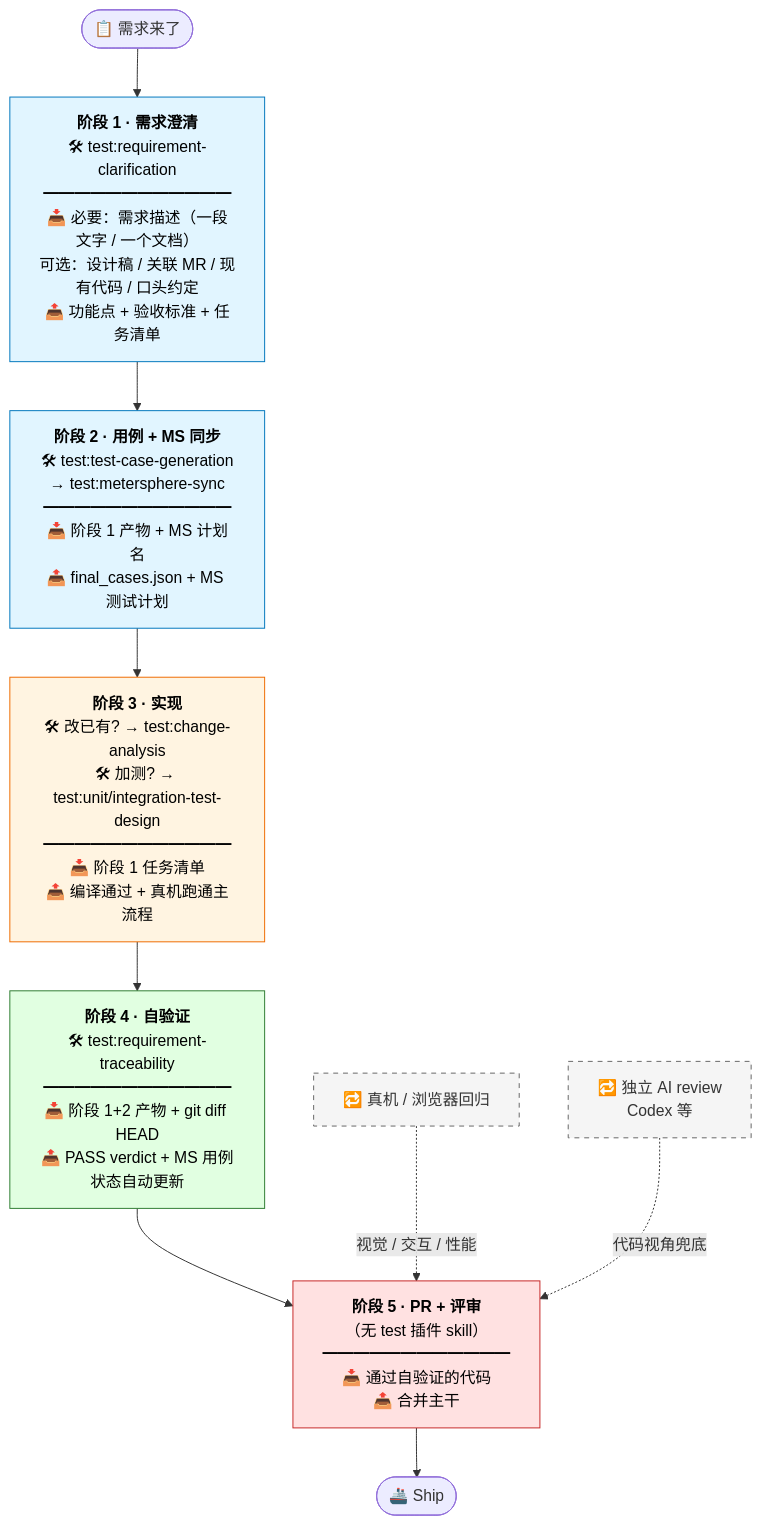
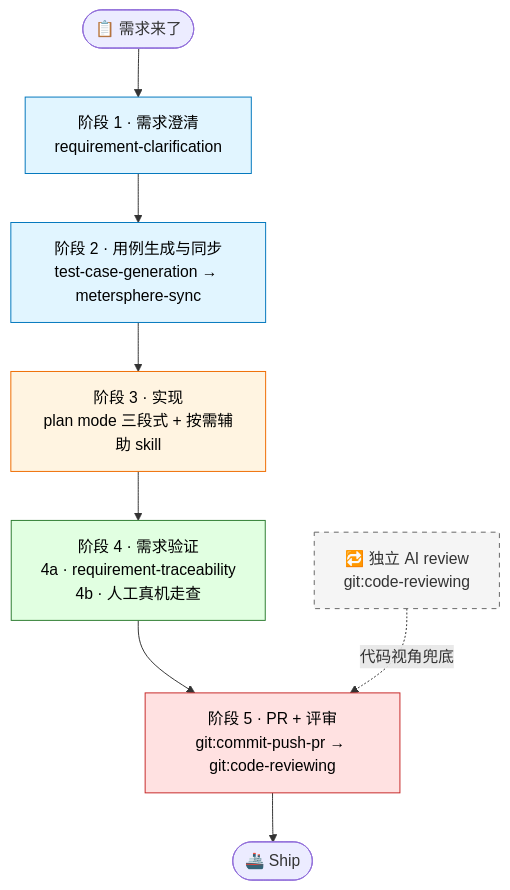
Before and after one commit to taptap/claude-plugins-marketplace: the diagram in plugins/test/AI_CODING_BEST_PRACTICES.md, drawn with Mermaid. The commit also changed other lines of this file and 3 other files, not shown here.

````diff
--- a/plugins/test/AI_CODING_BEST_PRACTICES.md
+++ b/plugins/test/AI_CODING_BEST_PRACTICES.md
@@ -17,36 +17,24 @@
 ```mermaid
 flowchart TD
     Start([📋 需求来了]) --> S1
+    S1[阶段 1 · 需求澄清<br/>requirement-clarification] --> S2
+    S2[阶段 2 · 用例生成与同步<br/>test-case-generation → metersphere-sync] --> S3
+    S3[阶段 3 · 实现<br/>plan mode 三段式 + 按需辅助 skill] --> S4
+    S4[阶段 4 · 需求验证<br/>4a · requirement-traceability<br/>4b · 人工真机走查] --> S5
+    S5[阶段 5 · PR + 评审<br/>git:commit-push-pr → git:code-reviewing] --> End([🚢 Ship])
 
-    S1["<b>阶段 1 · 需求澄清</b><br/>🛠 test:requirement-clarification<br/>━━━━━━━━━━━━<br/>📥 必要：需求描述（一段文字 / 一个文档）<br/>可选：设计稿 / 关联 MR / 现有代码 / 口头约定<br/>📤 功能点 + 验收标准 + 任务清单"]
-    S1 --> S2
-
-    S2["<b>阶段 2 · 用例 + MS 同步</b><br/>🛠 test:test-case-generation<br/>→ test:metersphere-sync<br/>━━━━━━━━━━━━<br/>📥 阶段 1 产物 + MS 计划名<br/>📤 final_cases.json + MS 测试计划"]
-    S2 --> S3
-
-    S3["<b>阶段 3 · 实现</b><br/>🛠 改已有? → test:change-analysis<br/>🛠 加测? → test:unit/integration-test-design<br/>━━━━━━━━━━━━<br/>📥 阶段 1 任务清单<br/>📤 编译通过 + 真机跑通主流程"]
-    S3 --> S4
-
-    S4["<b>阶段 4 · 自验证</b><br/>🛠 test:requirement-traceability<br/>━━━━━━━━━━━━<br/>📥 阶段 1+2 产物 + git diff HEAD<br/>📤 PASS verdict + MS 用例状态自动更新"]
-    S4 --> S5
-
-    S5["<b>阶段 5 · PR + 评审</b><br/>（无 test 插件 skill）<br/>━━━━━━━━━━━━<br/>📥 通过自验证的代码<br/>📤 合并主干"]
-    S5 --> End([🚢 Ship])
-
-    V1[🔁 真机 / 浏览器回归]
-    V2[🔁 独立 AI review<br/>Codex 等]
-    V1 -. 视觉 / 交互 / 性能 .-> S5
+    V2[🔁 独立 AI review<br/>git:code-reviewing]
     V2 -. 代码视角兜底 .-> S5
 
     classDef prep fill:#e1f5ff,stroke:#0277bd,color:#000
     classDef impl fill:#fff4e1,stroke:#ef6c00,color:#000
     classDef verify fill:#e1ffe1,stroke:#2e7d32,color:#000
     classDef ship fill:#ffe1e1,stroke:#c62828,color:#000
     classDef parallel fill:#f5f5f5,stroke:#666,color:#333,stroke-dasharray: 5 5
 
     class S1,S2 prep
     class S3 impl
     class S4 verify
     class S5 ship
-    class V1,V2 parallel
+    class V2 parallel
 ```
````
